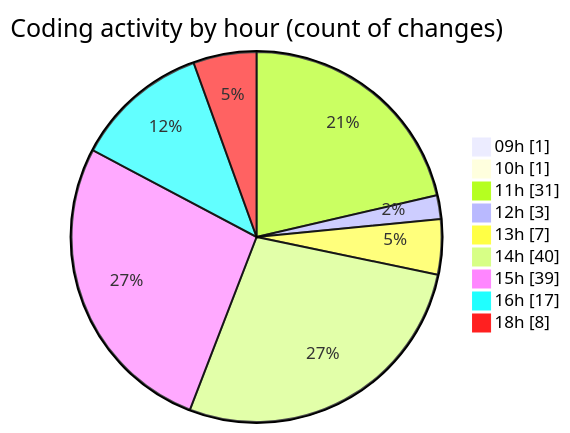
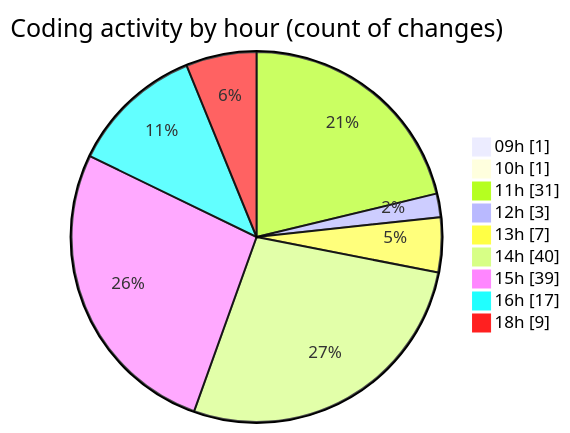
One commit to momahboobian/code-tracking changed the second of 2 diagrams in 2026-01-28/cda/README.md. Above: the diagram before and after it, drawn with Mermaid. The commit also changed other lines of this file and 1 other file, not shown here.

````diff
--- a/2026-01-28/cda/README.md
+++ b/2026-01-28/cda/README.md
@@ -35,13 +35,13 @@
 ```mermaid
 pie showData
 title Coding activity by hour (count of changes)
 "09h" : 1
 "10h" : 1
 "11h" : 31
 "12h" : 3
 "13h" : 7
 "14h" : 40
 "15h" : 39
 "16h" : 17
-"18h" : 8
+"18h" : 9
 ```
````
